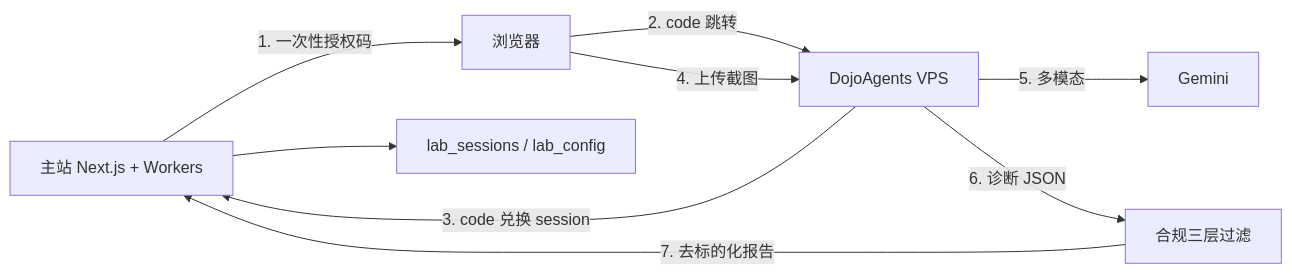
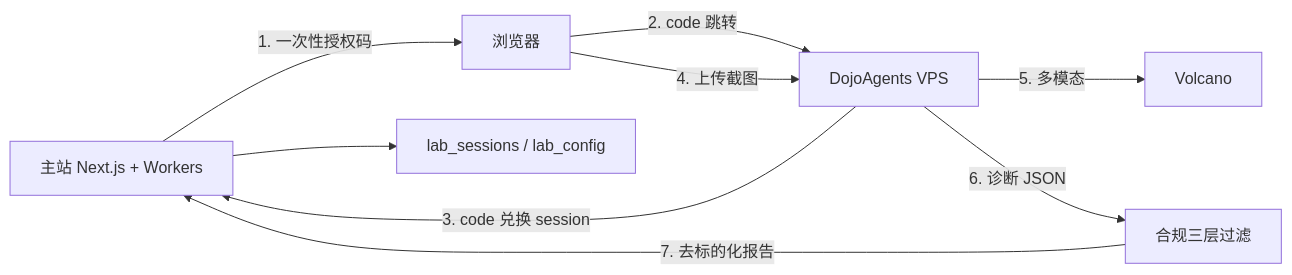
The diagram in docs/superpowers/specs/2026-07-24-ai-research-lab-design.md (linginchi/tradelovin), drawn with Mermaid before and after one commit. The commit also changed other lines of this file and 26 other files, not shown here.

````diff
--- a/docs/superpowers/specs/2026-07-24-ai-research-lab-design.md
+++ b/docs/superpowers/specs/2026-07-24-ai-research-lab-design.md
@@ -40,11 +42,11 @@
 ```mermaid
 flowchart LR
   Main["主站 Next.js + Workers"] -->|"1. 一次性授权码"| Browser["浏览器"]
   Browser -->|"2. code 跳转"| Dojo["DojoAgents VPS"]
   Dojo -->|"3. code 兑换 session"| Main
   Browser -->|"4. 上传截图"| Dojo
-  Dojo -->|"5. 多模态"| Gemini["Gemini"]
+  Dojo -->|"5. 多模态"| Volcano["Volcano"]
   Dojo -->|"6. 诊断 JSON"| Filter["合规三层过滤"]
   Filter -->|"7. 去标的化报告"| Main
   Main --> DB["lab_sessions / lab_config"]
 ```
````
